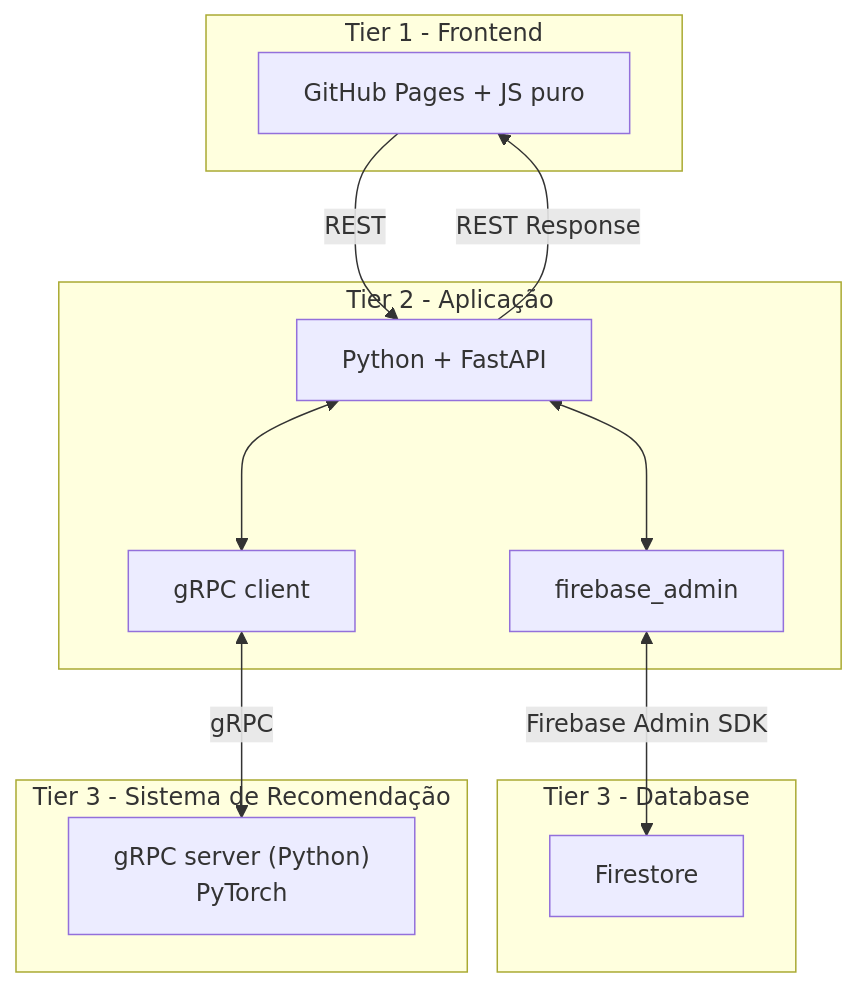
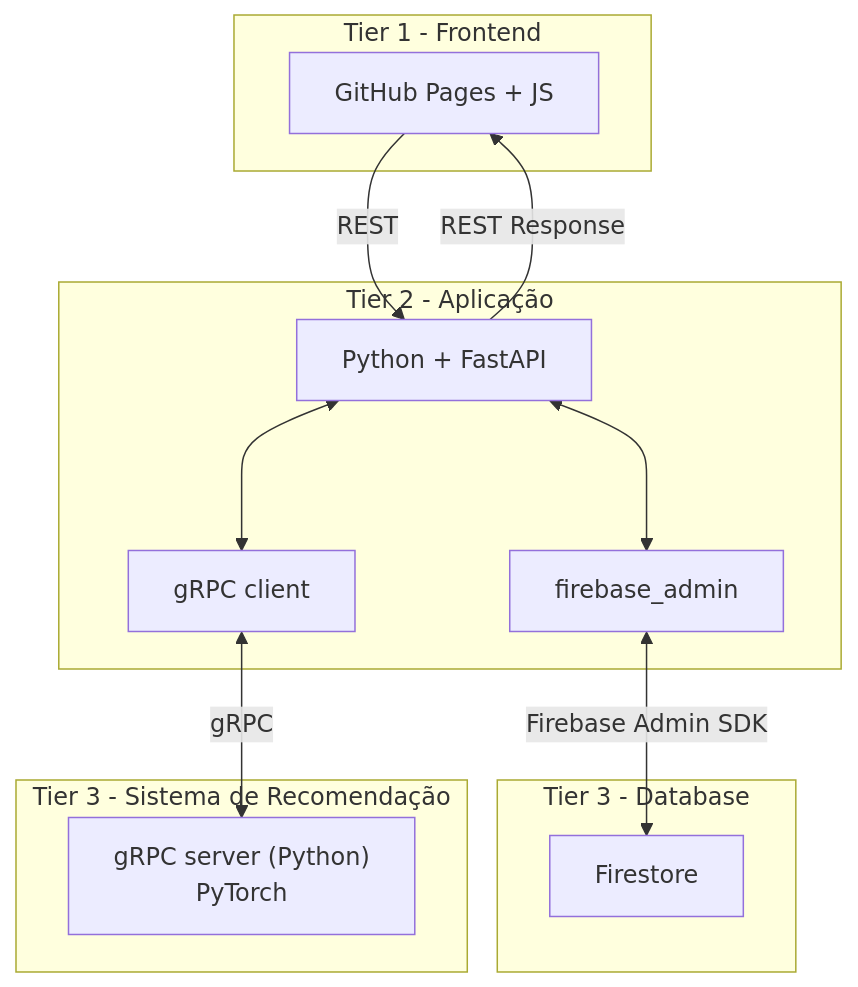
The diagram in README.md (OctavioFurio/Link), drawn with Mermaid before and after one commit.

````diff
--- a/README.md
+++ b/README.md
@@ -5,28 +5,28 @@
 ```mermaid
 graph TD
     subgraph Tier 1 - Frontend
-        FE["GitHub Pages + JS puro"]
+        FE["GitHub Pages + JS"]
     end
 
     subgraph Tier 2 - Aplicação
         API["Python + FastAPI"]
         FBSDK["firebase_admin"]
         GRPC_CLIENT["gRPC client"]
         API <---> FBSDK
         API <---> GRPC_CLIENT
     end
 
     subgraph Tier 3 - Database
         FS["Firestore"]
     end
 
     subgraph RecEngine["Tier 3 - Sistema de Recomendação"]
         REC["gRPC server (Python)\nPyTorch"]
     end
 
     FE -->|REST| API
     API -->|REST Response| FE
     FBSDK <-->|Firebase Admin SDK| FS
     GRPC_CLIENT <-->|gRPC| REC
 
 ```
````
